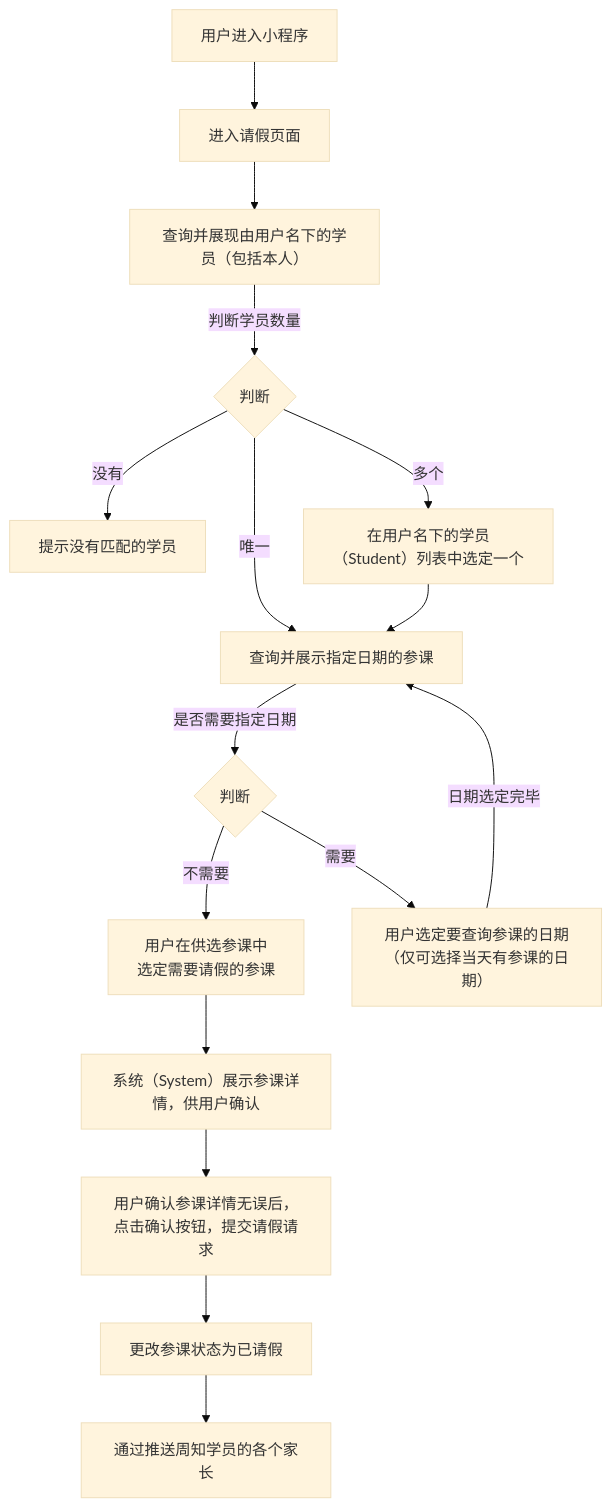
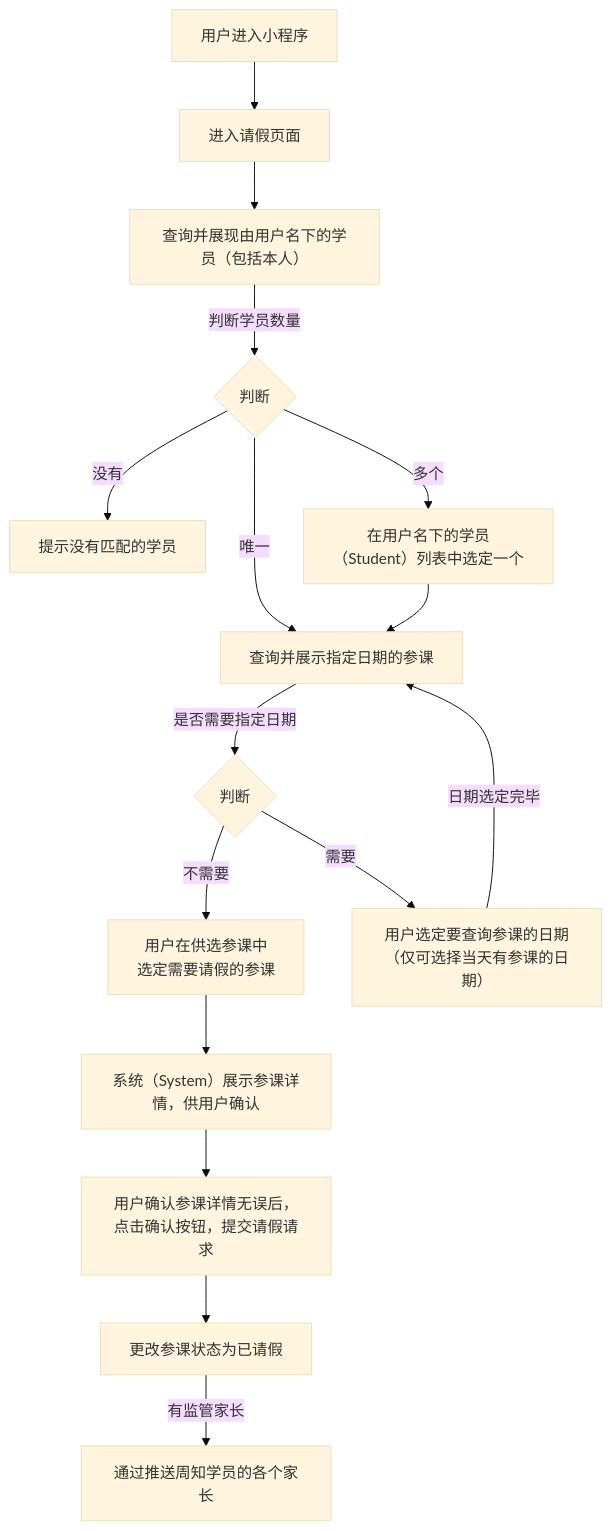
Before and after one commit to world-wide-web/sign: the diagram in 用例/请假.md, drawn with Mermaid (base theme). The commit also changed other lines of this file, not shown here.

````diff
--- a/用例/请假.md
+++ b/用例/请假.md
@@ -7,53 +7,52 @@
 ```mermaid
 graph TD
 
 进入小程序-->进入请假页面
 
 进入请假页面-->查询并展现由用户名下的学员
 
 查询并展现由用户名下的学员--判断学员数量-->判断学员数量
 
 判断学员数量--没有-->提示没有匹配的学员
 
 判断学员数量--唯一-->查询并展示指定日期的参课
 
 判断学员数量--多个-->选定学员
 
 选定学员-->查询并展示指定日期的参课
 
 查询并展示指定日期的参课--是否需要指定日期-->决定是否需要指定日期
 
 决定是否需要指定日期--不需要-->选定参课
 
 决定是否需要指定日期--需要-->选定日期
 
 选定日期--日期选定完毕-->查询并展示指定日期的参课
 
 选定参课-->展示参课详情
 
 展示参课详情-->提交请假请求
 
 提交请假请求-->更改参课状态为已请假
 
-更改参课状态为已请假-->通过推送周知学员的各个家长
+更改参课状态为已请假--有监管家长-->通过推送周知学员的各个家长
 
 进入小程序["<center>用户进入小程序</center>"]
 
 查询并展现由用户名下的学员["<center>查询并展现由用户名下的学员（包括本人）</center>"]
 
 判断学员数量{"<center>判断</center>"}
 
 选定学员["<center>在用户名下的学员（Student）列表中选定一个</center>"]
 
 决定是否需要指定日期{"<center>判断</center>"}
 
 选定日期["<center>用户选定要查询参课的日期<br>（仅可选择当天有参课的日期）</center>"]
 
 选定参课["<center>用户在供选参课中<br>选定需要请假的参课</center>"]
 
 展示参课详情["<center>系统（System）展示参课详情，供用户确认</center>"]
 
 提交请假请求["<center>用户确认参课详情无误后，点击确认按钮，提交请假请求</center>"]
 
-
 ```
````
